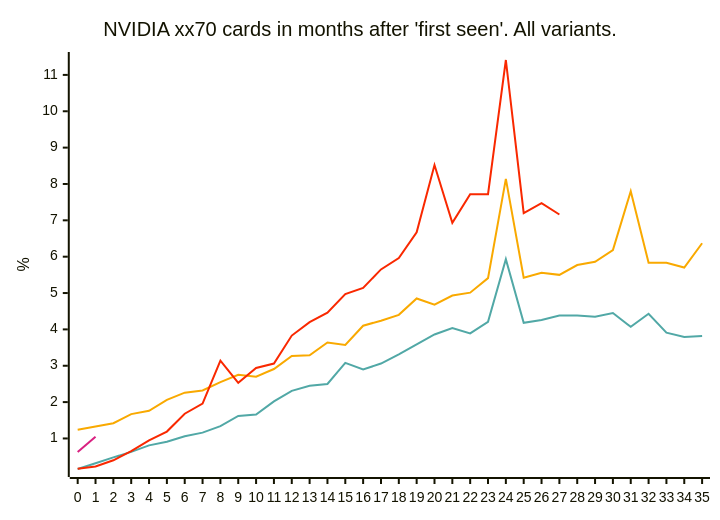
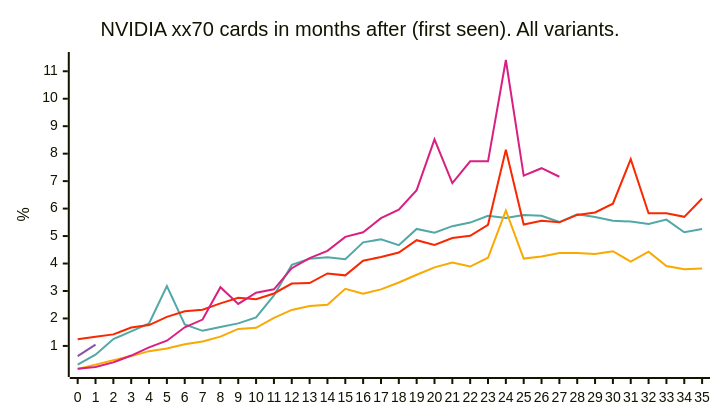
The fourth of 12 diagrams in README.md (jdegene/steamHWsurvey), drawn with Mermaid before and after one commit. The commit also changed other lines of this file and 1 other file, not shown here.

Commit message:
added more graphs

````diff
--- a/README.md
+++ b/README.md
@@ -100,18 +150,24 @@
 ```mermaid
 ---
 config:
+    xyChart:
+        width: 700
+        height: 400
+        
     themeVariables:
         xyChart:
             plotColorPalette: "#51a8a6,#f9a900,#f92800,#d92080,#8a52a6"
+
 --- 
 
 
 xychart-beta
-    title "NVIDIA xx70 cards in months after 'first seen'. All variants."
+    title "NVIDIA xx70 cards in months after (first seen). All variants."
     x-axis[0, 1, 2, 3, 4, 5, 6, 7, 8, 9, 10, 11, 12, 13, 14, 15, 16, 17, 18, 19, 20, 21, 22, 23, 24, 25, 26, 27, 28, 29, 30, 31, 32, 33, 34, 35]
     y-axis "%" 
+    line [0.32, 0.6799999999999999, 1.25, 1.53, 1.82, 3.18, 1.78, 1.55, 1.69, 1.82, 2.04, 2.84, 3.95, 4.17, 4.2299999999999995, 4.16, 4.77, 4.88, 4.67, 5.26, 5.119999999999999, 5.36, 5.489999999999999, 5.74, 5.66, 5.7700000000000005, 5.74, 5.51, 5.79, 5.6899999999999995, 5.56, 5.53, 5.4399999999999995, 5.6000000000000005, 5.140000000000001, 5.26]
     line [0.16, 0.32, 0.48, 0.63, 0.8099999999999999, 0.91, 1.06, 1.16, 1.34, 1.6199999999999999, 1.66, 2.02, 2.31, 2.45, 2.5, 3.0799999999999996, 2.9000000000000004, 3.06, 3.3100000000000005, 3.5900000000000003, 3.8599999999999994, 4.04, 3.8900000000000006, 4.21, 5.930000000000001, 4.180000000000001, 4.26, 4.38, 4.38, 4.35, 4.45, 4.07, 4.43, 3.91, 3.7900000000000005, 3.82]
     line [1.24, 1.3299999999999998, 1.4200000000000002, 1.67, 1.7599999999999998, 2.06, 2.2600000000000002, 2.3200000000000003, 2.55, 2.75, 2.7, 2.9099999999999997, 3.27, 3.29, 3.64, 3.5700000000000003, 4.1000000000000005, 4.24, 4.3999999999999995, 4.8500000000000005, 4.68, 4.930000000000001, 5.01, 5.41, 8.14, 5.42, 5.56, 5.5, 5.7700000000000005, 5.86, 6.18, 7.8, 5.83, 5.83, 5.7, 6.370000000000001]
     line [0.16999999999999998, 0.22999999999999998, 0.4, 0.65, 0.95, 1.1900000000000002, 1.68, 1.96, 3.1399999999999997, 2.53, 2.94, 3.06, 3.83, 4.199999999999999, 4.46, 4.97, 5.140000000000001, 5.65, 5.96, 6.67, 8.52, 6.93, 7.720000000000001, 7.720000000000001, 11.41, 7.199999999999999, 7.470000000000001, 7.16]
     line [0.63, 1.0499999999999998]
 ``` 
````
